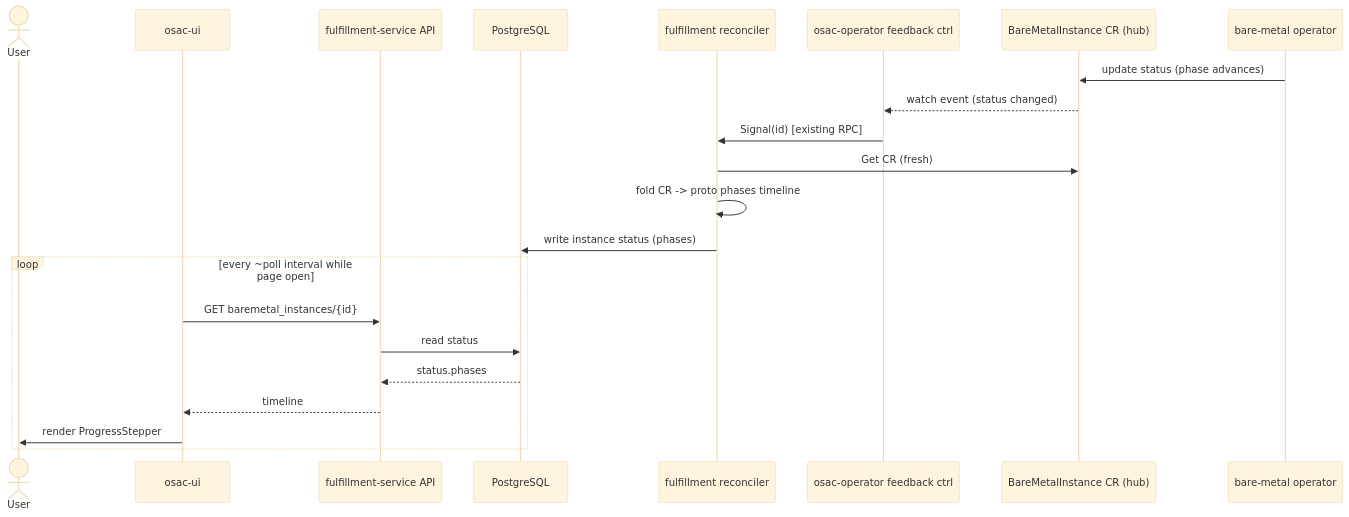
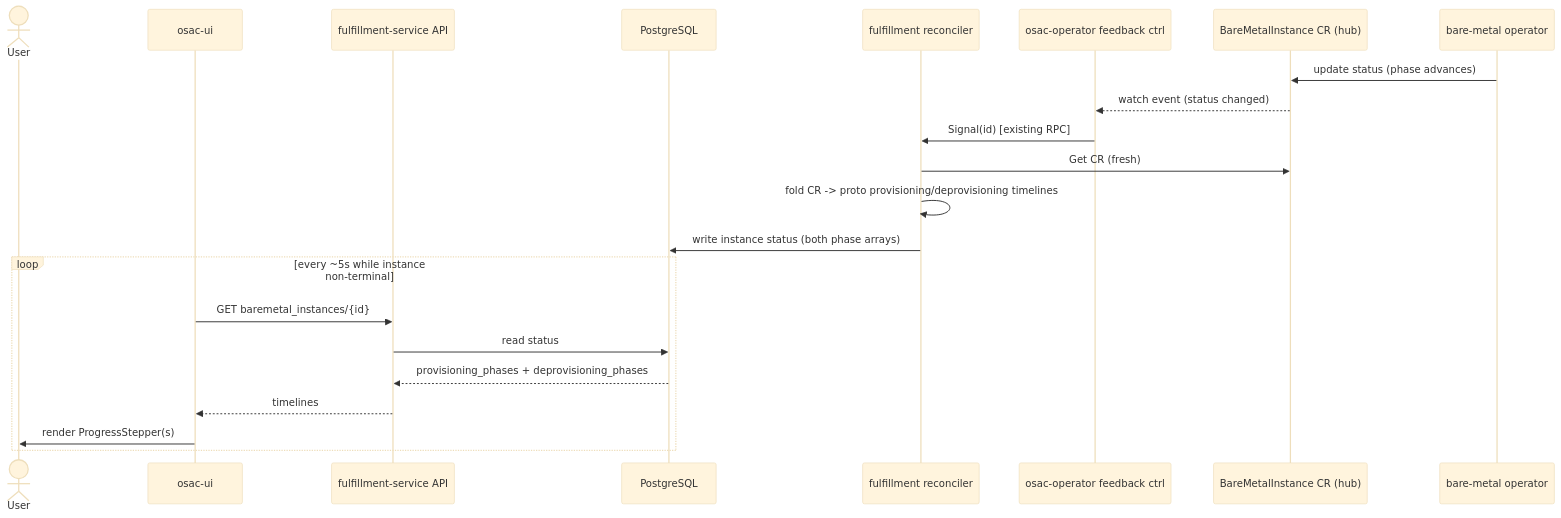
The first of 2 diagrams in enhancements/OSAC-3459-bmaas-provisioning-progress/design.md (osac-project/enhancement-proposals), drawn with Mermaid (base theme) before and after one commit. The commit also changed other lines of this file and 2 other files, not shown here.

````diff
--- a/enhancements/OSAC-3459-bmaas-provisioning-progress/design.md
+++ b/enhancements/OSAC-3459-bmaas-provisioning-progress/design.md
@@ -197,25 +235,25 @@
 ```mermaid
 sequenceDiagram
     actor User
     participant UI as osac-ui
     participant API as fulfillment-service API
     participant DB as PostgreSQL
     participant Rec as fulfillment reconciler
     participant FB as osac-operator feedback ctrl
     participant Hub as BareMetalInstance CR (hub)
     participant Op as bare-metal operator
 
     Op->>Hub: update status (phase advances)
     Hub-->>FB: watch event (status changed)
     FB->>Rec: Signal(id) [existing RPC]
     Rec->>Hub: Get CR (fresh)
-    Rec->>Rec: fold CR -> proto phases timeline
-    Rec->>DB: write instance status (phases)
-    loop every ~poll interval while page open
+    Rec->>Rec: fold CR -> proto provisioning/deprovisioning timelines
+    Rec->>DB: write instance status (both phase arrays)
+    loop every ~5s while instance non-terminal
         UI->>API: GET baremetal_instances/{id}
         API->>DB: read status
-        DB-->>API: status.phases
-        API-->>UI: timeline
-        UI->>User: render ProgressStepper
+        DB-->>API: provisioning_phases + deprovisioning_phases
+        API-->>UI: timelines
+        UI->>User: render ProgressStepper(s)
     end
 ```
````
